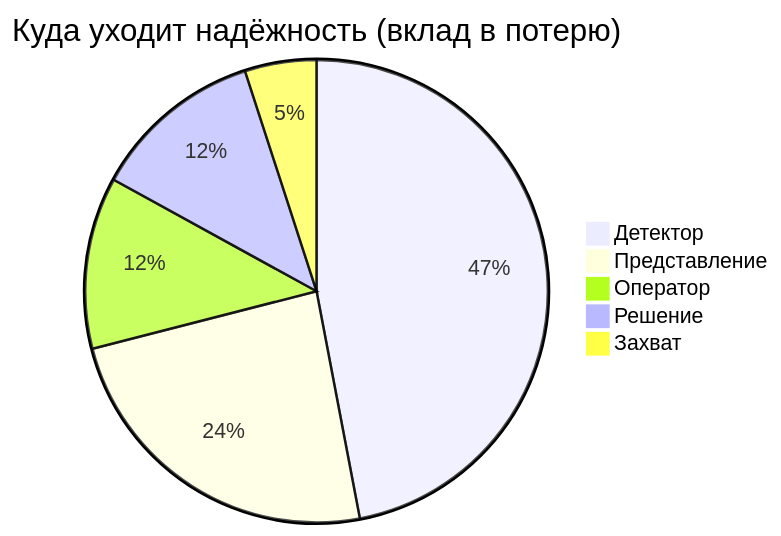
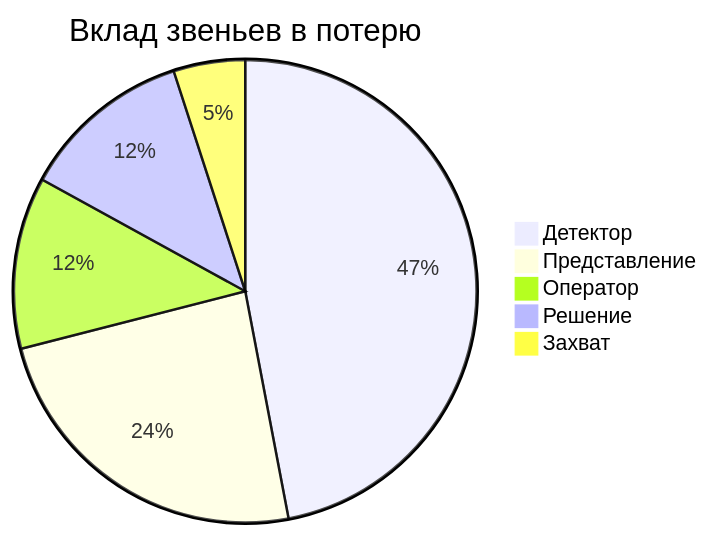
One commit to RedAlexDad/WalkingRobotSim changed the second of 4 diagrams in docs/ergonomics-methodology/recognition-objects/kr-plan-goryachkin.md. Above: the diagram before and after it, drawn with Mermaid. The commit also changed other lines of this file, not shown here.

````diff
--- a/docs/ergonomics-methodology/recognition-objects/kr-plan-goryachkin.md
+++ b/docs/ergonomics-methodology/recognition-objects/kr-plan-goryachkin.md
@@ -99,8 +90,8 @@
 ```mermaid
-pie title Куда уходит надёжность (вклад в потерю)
+pie title Вклад звеньев в потерю
     "Детектор" : 47
     "Представление" : 24
     "Оператор" : 12
     "Решение" : 12
     "Захват" : 5
 ```
````
